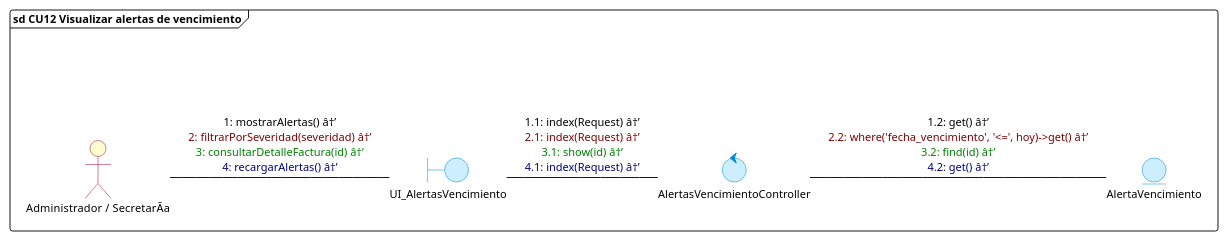
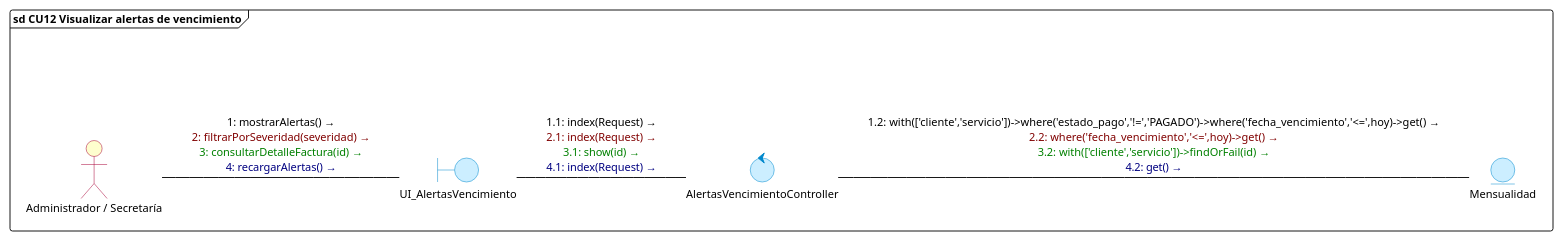
One commit to DiogoMars777/TELCOM-2.0 changed diagram 12 of 17 in diagramas/comunicacion/diagramas_comunicacion_todos_cu.puml. Above: the diagram before and after it, drawn with PlantUML. The commit also changed other lines of this file and 16 other files, not shown here.

Commit message:
docs: actualizar diagramas de comunicacion CU01 al CU17 con modelos y tablas canonicas de BD

```diff
--- a/diagramas/comunicacion/diagramas_comunicacion_todos_cu.puml
+++ b/diagramas/comunicacion/diagramas_comunicacion_todos_cu.puml
@@ -367,31 +398,31 @@
 @startuml cu12_visualizar_alertas_vencimiento
 skinparam backgroundColor white
 skinparam defaultFontName "Segoe UI"
 skinparam defaultFontSize 11
 skinparam interfaceBackgroundColor transparent
 skinparam interfaceBorderColor transparent
 skinparam actorBackgroundColor #FEFECE
 skinparam actorBorderColor #A80036
 skinparam boundaryBackgroundColor #CCEEFF
 skinparam boundaryBorderColor #0088CC
 skinparam controlBackgroundColor #CCEEFF
 skinparam controlBorderColor #0088CC
 skinparam entityBackgroundColor #CCEEFF
 skinparam entityBorderColor #0088CC
 
 frame "sd CU12 Visualizar alertas de vencimiento" {
     () " " as spacer
-    actor "Administrador / SecretarÃ­a" as Admin
+    actor "Administrador / Secretaría" as Admin
     boundary UI_AlertasVencimiento
     control AlertasVencimientoController
-    entity AlertaVencimiento
+    entity Mensualidad
 
     spacer -[hidden]down- Admin
 
-    Admin -right- UI_AlertasVencimiento : <font color=#000000>1: mostrarAlertas() â†’</font>\n<font color=#800000>2: filtrarPorSeveridad(severidad) â†’</font>\n<font color=#008000>3: consultarDetalleFactura(id) â†’</font>\n<font color=#000080>4: recargarAlertas() â†’</font>
+    Admin -right- UI_AlertasVencimiento : <font color=#000000>1: mostrarAlertas() →</font>\n<font color=#800000>2: filtrarPorSeveridad(severidad) →</font>\n<font color=#008000>3: consultarDetalleFactura(id) →</font>\n<font color=#000080>4: recargarAlertas() →</font>
 
-    UI_AlertasVencimiento -right- AlertasVencimientoController : <font color=#000000>1.1: index(Request) â†’</font>\n<font color=#800000>2.1: index(Request) â†’</font>\n<font color=#008000>3.1: show(id) â†’</font>\n<font color=#000080>4.1: index(Request) â†’</font>
+    UI_AlertasVencimiento -right- AlertasVencimientoController : <font color=#000000>1.1: index(Request) →</font>\n<font color=#800000>2.1: index(Request) →</font>\n<font color=#008000>3.1: show(id) →</font>\n<font color=#000080>4.1: index(Request) →</font>
 
-    AlertasVencimientoController -right- AlertaVencimiento : <font color=#000000>1.2: get() â†’</font>\n<font color=#800000>2.2: where('fecha_vencimiento', '<=', hoy)->get() â†’</font>\n<font color=#008000>3.2: find(id) â†’</font>\n<font color=#000080>4.2: get() â†’</font>
+    AlertasVencimientoController -right- Mensualidad : <font color=#000000>1.2: with(['cliente','servicio'])->where('estado_pago','!=','PAGADO')->where('fecha_vencimiento','<=',hoy)->get() →</font>\n<font color=#800000>2.2: where('fecha_vencimiento','<=',hoy)->get() →</font>\n<font color=#008000>3.2: with(['cliente','servicio'])->findOrFail(id) →</font>\n<font color=#000080>4.2: get() →</font>
 }
 @enduml
```
